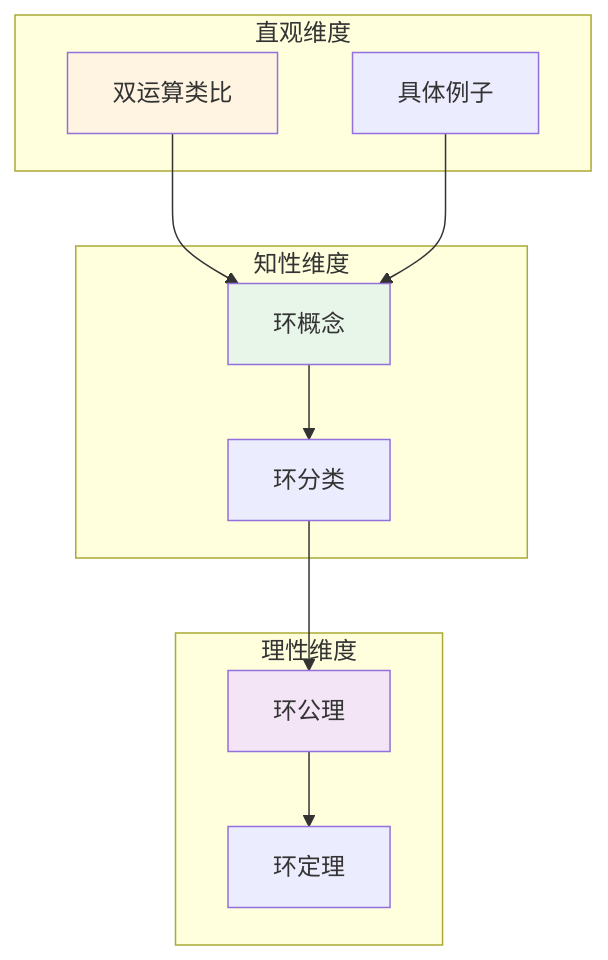
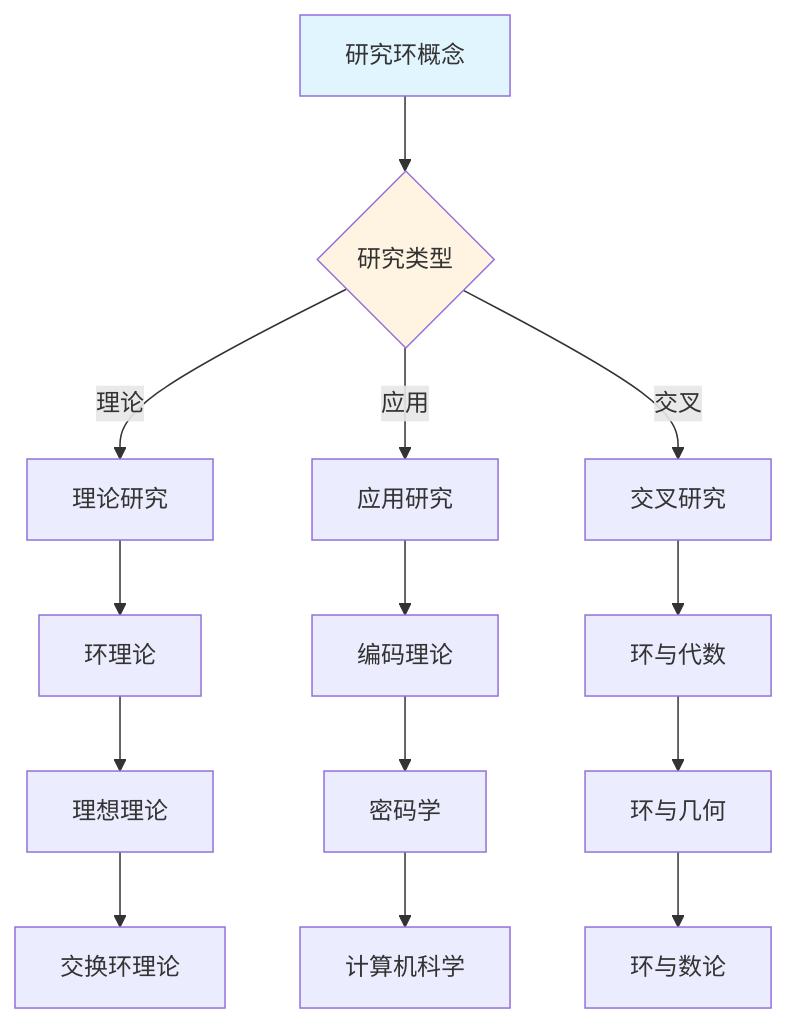
The eighth of 10 diagrams in concept/核心概念/09-环.md (AdaMartin18010/FormalMath), drawn with Mermaid before and after one commit. The commit also changed other lines of this file and 4793 other files, not shown here.

````diff
--- a/concept/核心概念/09-环.md
+++ b/concept/核心概念/09-环.md
@@ -897,27 +2378,22 @@
 ```mermaid
-graph TB
-    subgraph 直观维度
-        A1[双运算类比]
-        A2[具体例子]
-    end
+graph TD
+    A[研究环概念] --> B{研究类型}
+    B -->|理论| C[理论研究]
+    B -->|应用| D[应用研究]
+    B -->|交叉| E[交叉研究]
 
-    subgraph 知性维度
-        B1[环概念]
-        B2[环分类]
-    end
+    C --> C1[环理论]
+    C1 --> C2[理想理论]
+    C2 --> C3[交换环理论]
 
-    subgraph 理性维度
-        C1[环公理]
-        C2[环定理]
-    end
+    D --> D1[编码理论]
+    D1 --> D2[密码学]
+    D2 --> D3[计算机科学]
 
-    A1 --> B1
-    A2 --> B1
-    B1 --> B2
-    B2 --> C1
-    C1 --> C2
+    E --> E1[环与代数]
+    E1 --> E2[环与几何]
+    E2 --> E3[环与数论]
 
-    style A1 fill:#fff4e1
-    style B1 fill:#e8f5e9
-    style C1 fill:#f3e5f5
+    style A fill:#e1f5ff
+    style B fill:#fff4e1
 ```
````
